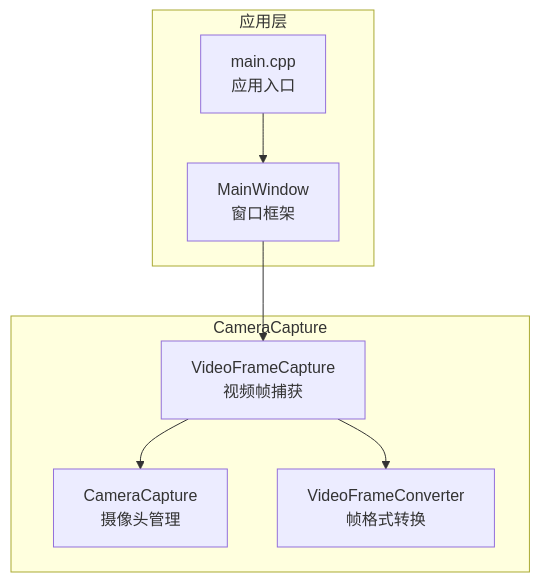
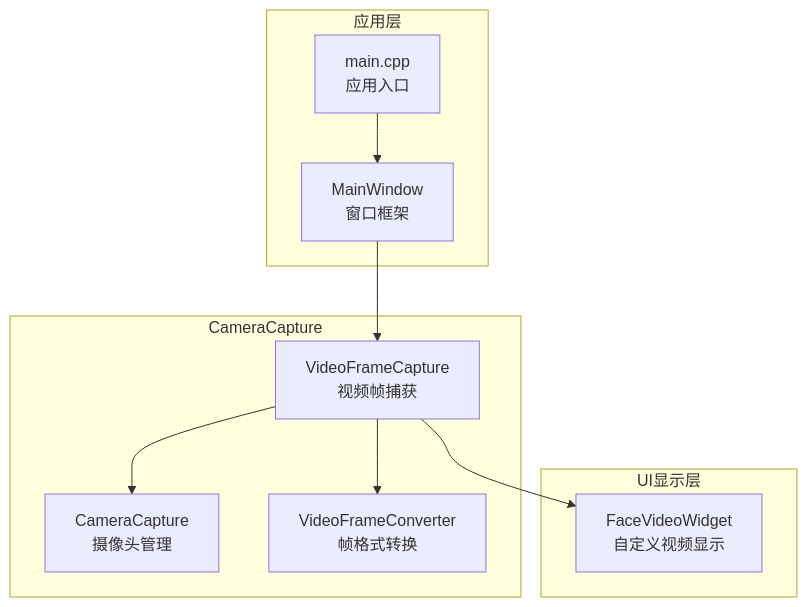
The first of 6 diagrams in .qoder/repowiki/zh/content/核心模块/摄像头采集模块/视频帧捕获.md (HeQiTZD/Triple-terminal-Attendance-Punching-System), drawn with Mermaid before and after one commit. The commit also changed other lines of this file and 127 other files, not shown here.

````diff
--- a/.qoder/repowiki/zh/content/核心模块/摄像头采集模块/视频帧捕获.md
+++ b/.qoder/repowiki/zh/content/核心模块/摄像头采集模块/视频帧捕获.md
@@ -38,15 +51,19 @@
 ```mermaid
 graph TB
 subgraph "CameraCapture"
 VFC["VideoFrameCapture<br/>视频帧捕获"]
 CC["CameraCapture<br/>摄像头管理"]
 VFC --> CC
 VFC --> VFCV["VideoFrameConverter<br/>帧格式转换"]
 end
+subgraph "UI显示层"
+FVW["FaceVideoWidget<br/>自定义视频显示"]
+end
 subgraph "应用层"
 M["main.cpp<br/>应用入口"]
 MW["MainWindow<br/>窗口框架"]
 end
 M --> MW
 MW --> VFC
+VFC --> FVW
 ```
````
